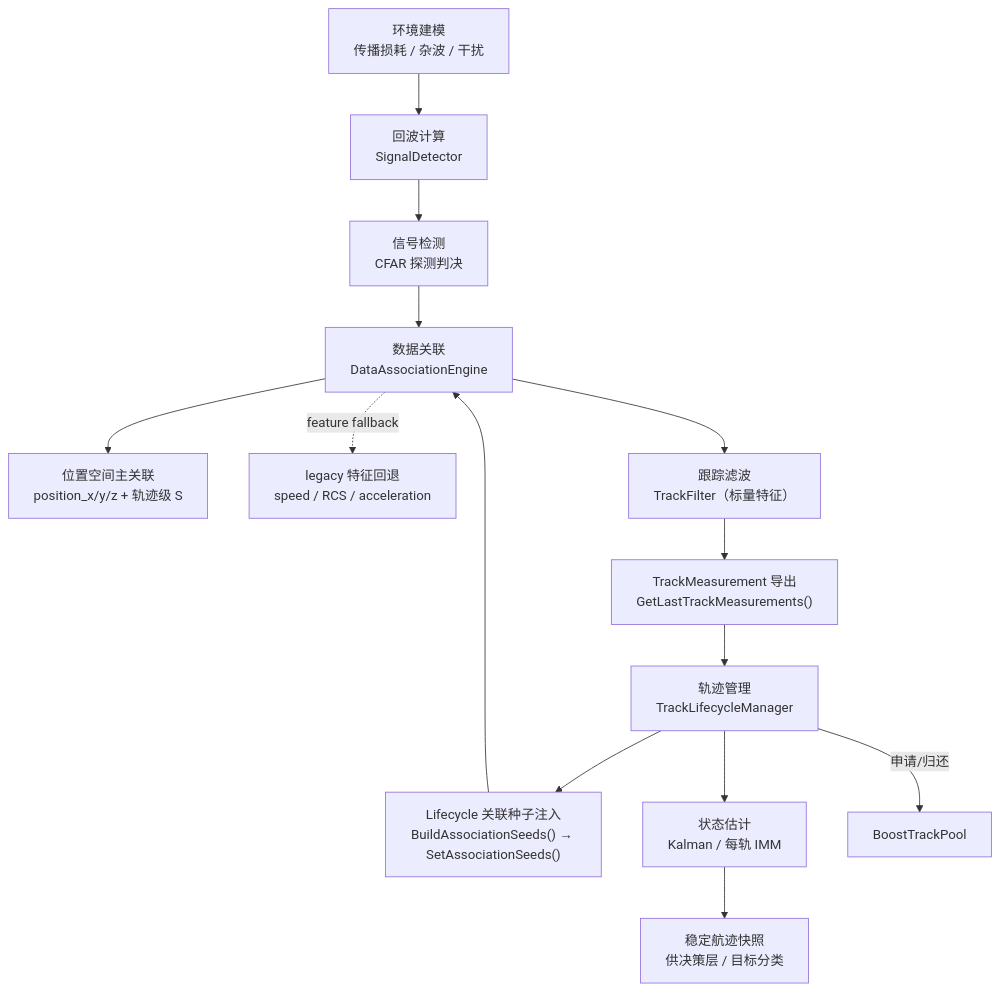
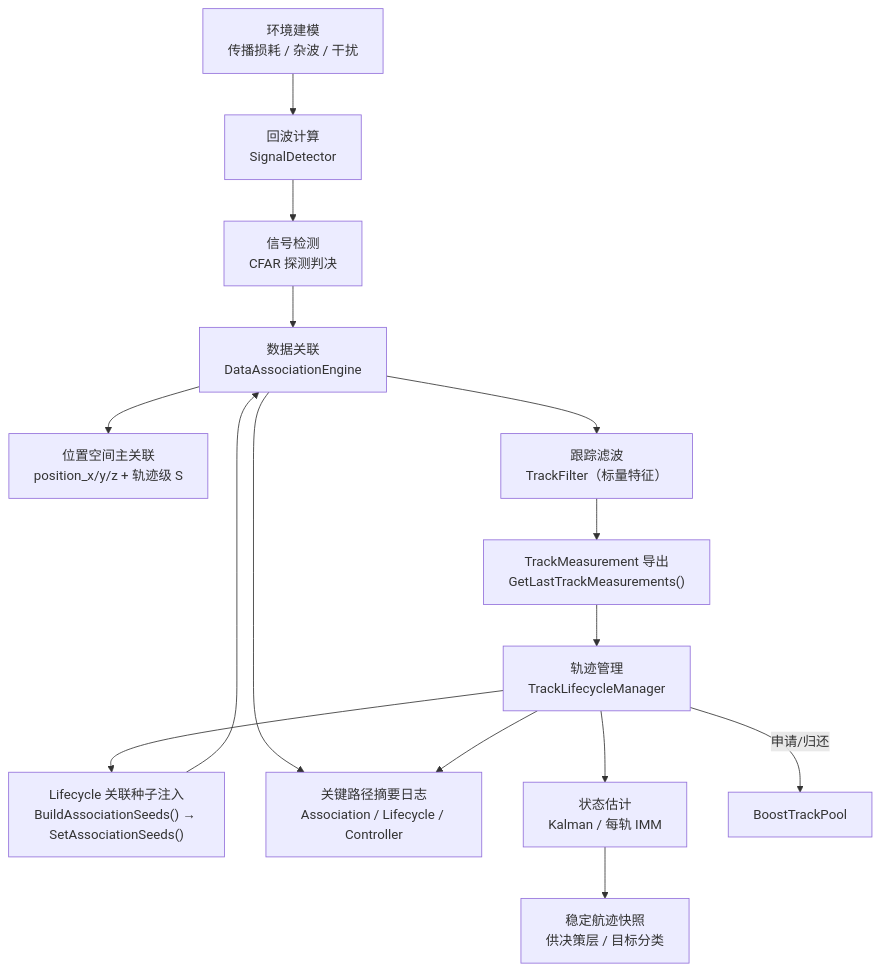
Before and after one commit to boilwater-3/1q: the first of 8 diagrams in doc/architecture/signal/signal-architecture.md, drawn with Mermaid. The commit also changed other lines of this file and 5 other files, not shown here.

````diff
--- a/doc/architecture/signal/signal-architecture.md
+++ b/doc/architecture/signal/signal-architecture.md
@@ -73,21 +74,22 @@
 ```mermaid
 flowchart TD
     ENV["环境建模<br/>传播损耗 / 杂波 / 干扰"]
     ECHO["回波计算<br/>SignalDetector"]
     DETECT["信号检测<br/>CFAR 探测判决"]
     SEEDS["Lifecycle 关联种子注入<br/>BuildAssociationSeeds() → SetAssociationSeeds()"]
     ASSOC["数据关联<br/>DataAssociationEngine"]
     POS_ASSOC["位置空间主关联<br/>position_x/y/z + 轨迹级 S"]
-    LEGACY_ASSOC["legacy 特征回退<br/>speed / RCS / acceleration"]
     FILTER["跟踪滤波<br/>TrackFilter（标量特征）"]
     MEAS["TrackMeasurement 导出<br/>GetLastTrackMeasurements()"]
     LIFECYCLE["轨迹管理<br/>TrackLifecycleManager"]
+    LOGS["关键路径摘要日志<br/>Association / Lifecycle / Controller"]
     KFIMM["状态估计<br/>Kalman / 每轨 IMM"]
     SNAPSHOT["稳定航迹快照<br/>供决策层 / 目标分类"]
 
     ENV --> ECHO --> DETECT --> ASSOC --> FILTER --> MEAS --> LIFECYCLE --> KFIMM --> SNAPSHOT
     LIFECYCLE --> SEEDS --> ASSOC
     ASSOC --> POS_ASSOC
-    ASSOC -. feature fallback .-> LEGACY_ASSOC
+    ASSOC --> LOGS
+    LIFECYCLE --> LOGS
     LIFECYCLE -->|"申请/归还"| POOL["BoostTrackPool"]
 ```
````
